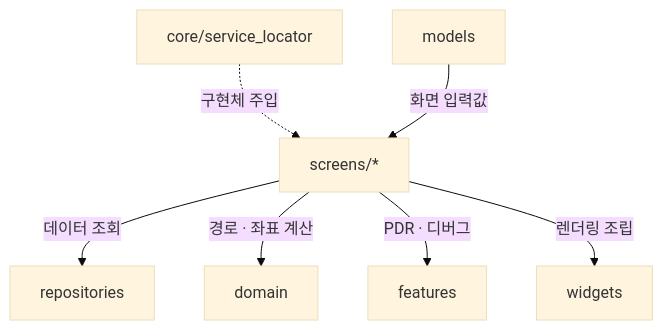
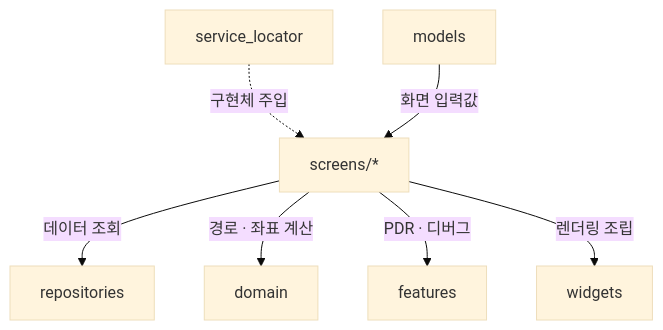
Before and after one commit to Routex-labs/Navigation: the second of 2 diagrams in client/lib/screens/README.md, drawn with Mermaid (base theme). The commit also changed 35 other files, not shown here.

````diff
--- a/client/lib/screens/README.md
+++ b/client/lib/screens/README.md
@@ -37,17 +37,17 @@
 ```mermaid
 flowchart TD
     SCREENS["screens/*"]
-    CORE["core/service_locator"]
+    CORE["service_locator"]
     REPO["repositories"]
     DOMAIN["domain"]
     FEATURES["features"]
     MODELS["models"]
     WIDGETS["widgets"]
 
     CORE -. "구현체 주입" .-> SCREENS
     SCREENS -->|"데이터 조회"| REPO
     SCREENS -->|"경로 · 좌표 계산"| DOMAIN
     SCREENS -->|"PDR · 디버그"| FEATURES
     MODELS -->|"화면 입력값"| SCREENS
     SCREENS -->|"렌더링 조립"| WIDGETS
 ```
````
